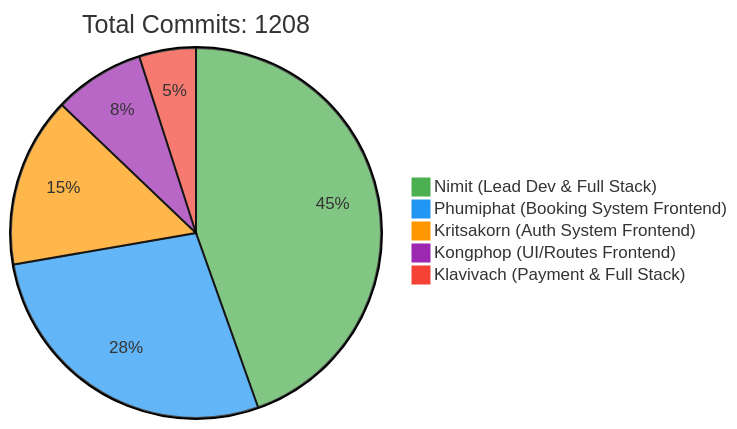
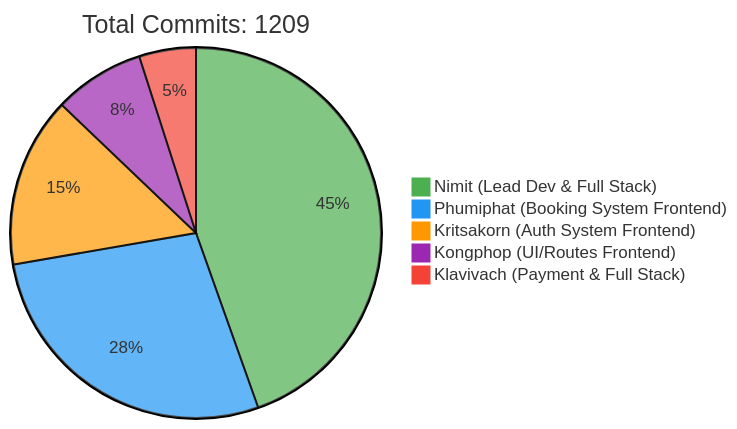
One commit to 6531503042/Sport-Complex changed the first of 2 diagrams in README.md. Above: the diagram before and after it, drawn with Mermaid. The commit also changed other lines of this file, not shown here.

Commit message:
docs: Update contributor statistics [skip ci]

````diff
--- a/README.md
+++ b/README.md
@@ -257,10 +257,10 @@
 ```mermaid
 %%{init: {'theme': 'base', 'themeVariables': { 'pie1': '#4CAF50', 'pie2': '#2196F3', 'pie3': '#FF9800', 'pie4': '#9C27B0', 'pie5': '#F44336'}}}%%
 pie
-    title Total Commits: 1208
+    title Total Commits: 1209
     "Nimit (Lead Dev & Full Stack)" : 450
     "Phumiphat (Booking System Frontend)" : 280
     "Kritsakorn (Auth System Frontend)" : 150
     "Kongphop (UI/Routes Frontend)" : 80
     "Klavivach (Payment & Full Stack)" : 50
 ```
````
